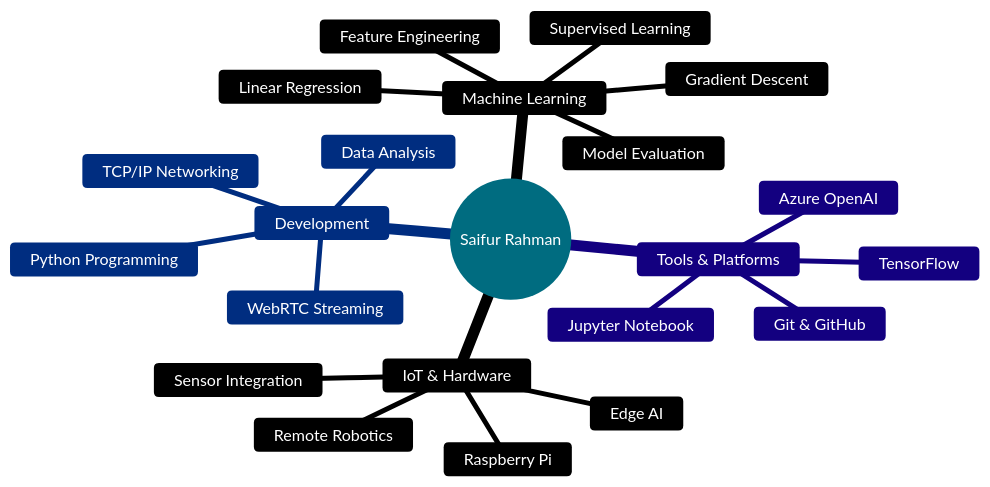
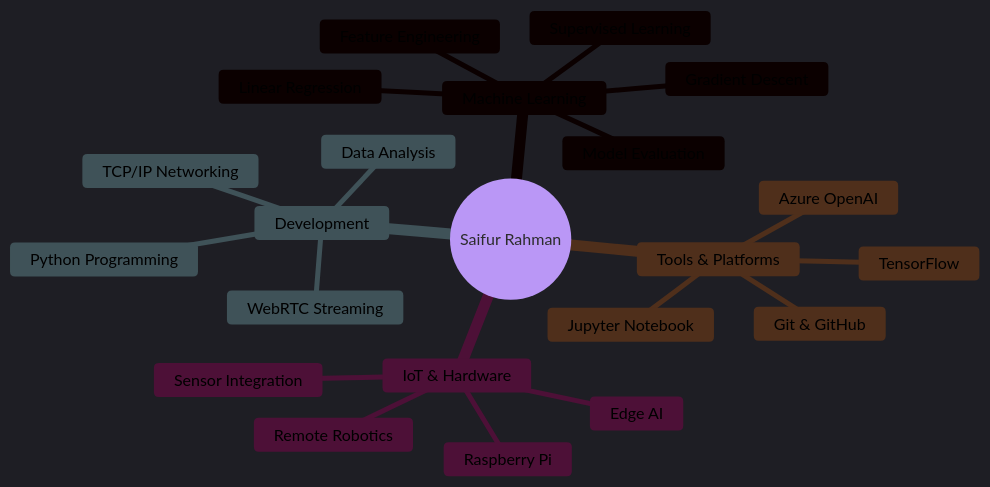
Before and after one commit to saifur004/saifur004: the diagram in README.md, drawn with Mermaid.

Commit message:
Update README.md with dark theme for Mermaid diagram

````diff
--- a/README.md
+++ b/README.md
@@ -120,26 +120,26 @@
 ```mermaid
-%%{init: {'theme':'base', 'themeVariables': { 'primaryColor':'#00D9FF','primaryTextColor':'#fff','primaryBorderColor':'#00D9FF','lineColor':'#00D9FF','secondaryColor':'#1a1a2e','tertiaryColor':'#16213e','fontSize':'16px'}}}%%
+%%{init: {'theme':'dark', 'themeVariables': { 'darkMode':'true', 'primaryColor':'#1e40af', 'primaryTextColor':'#fff', 'primaryBorderColor':'#3b82f6', 'lineColor':'#60a5fa', 'secondaryColor':'#7c3aed', 'tertiaryColor':'#059669', 'noteBkgColor':'#1e293b', 'noteTextColor':'#fff'}}}%%
 mindmap
   root((Saifur Rahman))
     Machine Learning
       Supervised Learning
       Linear Regression
       Gradient Descent
       Feature Engineering
       Model Evaluation
     IoT & Hardware
       Raspberry Pi
       Sensor Integration
       Edge AI
       Remote Robotics
     Development
       Python Programming
       Data Analysis
       TCP/IP Networking
       WebRTC Streaming
     Tools & Platforms
       Git & GitHub
       Jupyter Notebook
       TensorFlow
       Azure OpenAI
 ```
````
